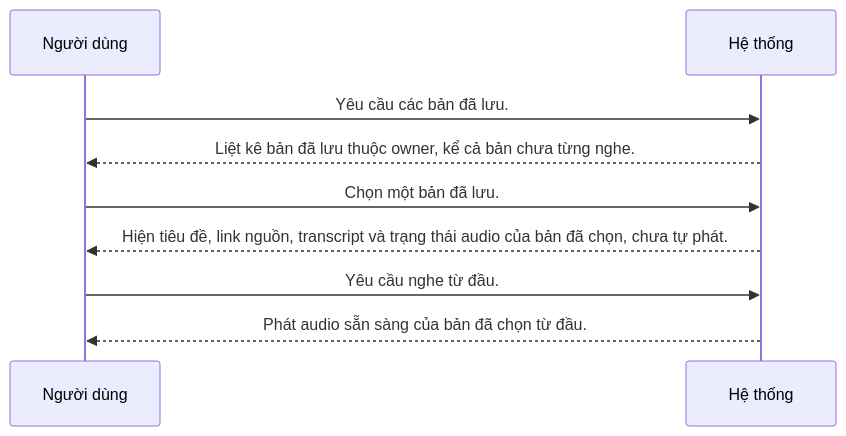
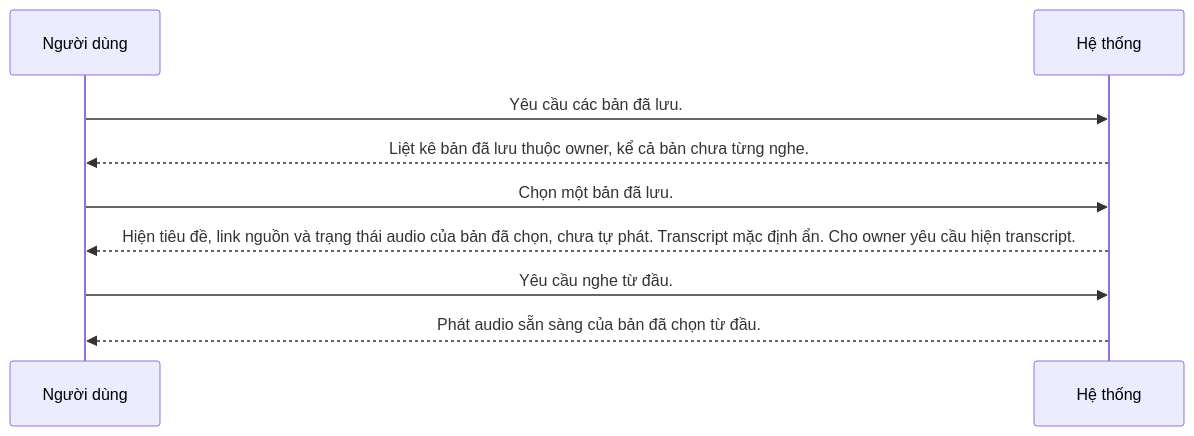
The diagram in docs/spec/02-use-cases/UC-006.md (BuhDuy256/novsay), drawn with Mermaid before and after one commit. The commit also changed other lines of this file and 14 other files, not shown here.

````diff
--- a/docs/spec/02-use-cases/UC-006.md
+++ b/docs/spec/02-use-cases/UC-006.md
@@ -12,11 +12,11 @@
 ```mermaid
 sequenceDiagram
   participant U as Người dùng
   participant S as Hệ thống
   U->>S: Yêu cầu các bản đã lưu.
   S-->>U: Liệt kê bản đã lưu thuộc owner, kể cả bản chưa từng nghe.
   U->>S: Chọn một bản đã lưu.
-  S-->>U: Hiện tiêu đề, link nguồn, transcript và trạng thái audio của bản đã chọn, chưa tự phát.
+  S-->>U: Hiện tiêu đề, link nguồn và trạng thái audio của bản đã chọn, chưa tự phát. Transcript mặc định ẩn. Cho owner yêu cầu hiện transcript.
   U->>S: Yêu cầu nghe từ đầu.
   S-->>U: Phát audio sẵn sàng của bản đã chọn từ đầu.
 ```
````
